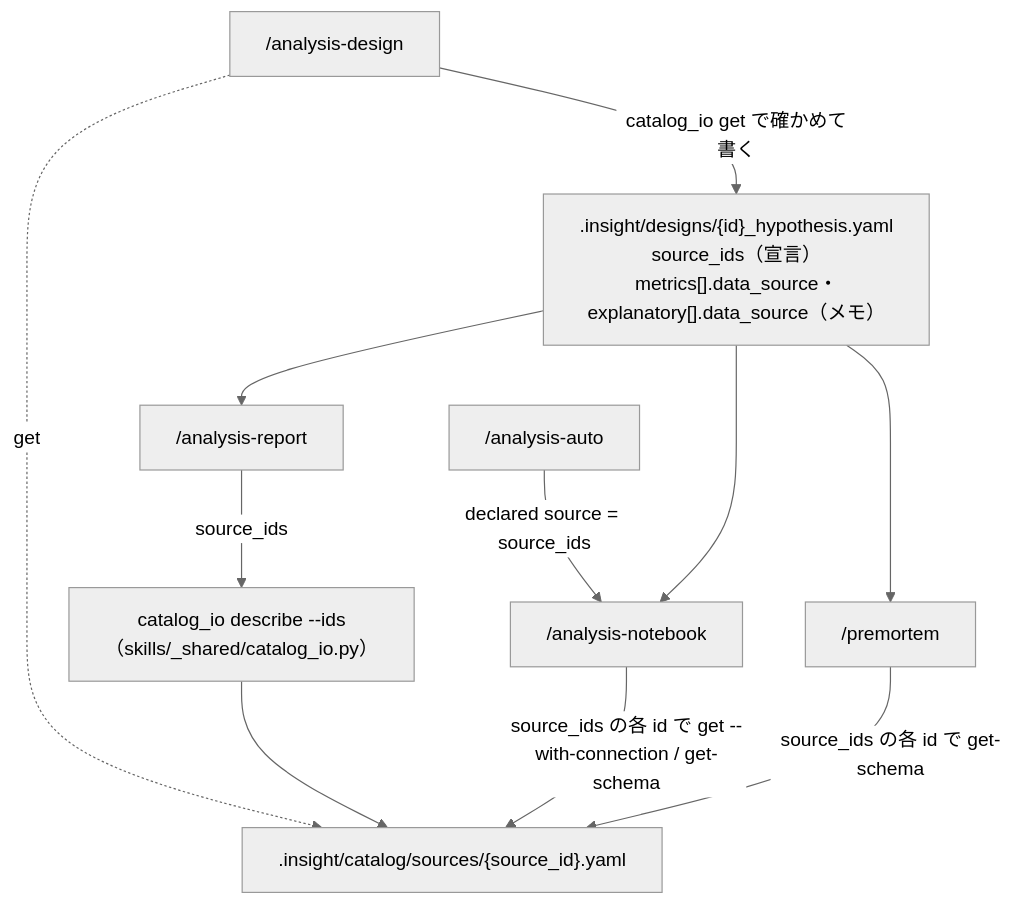
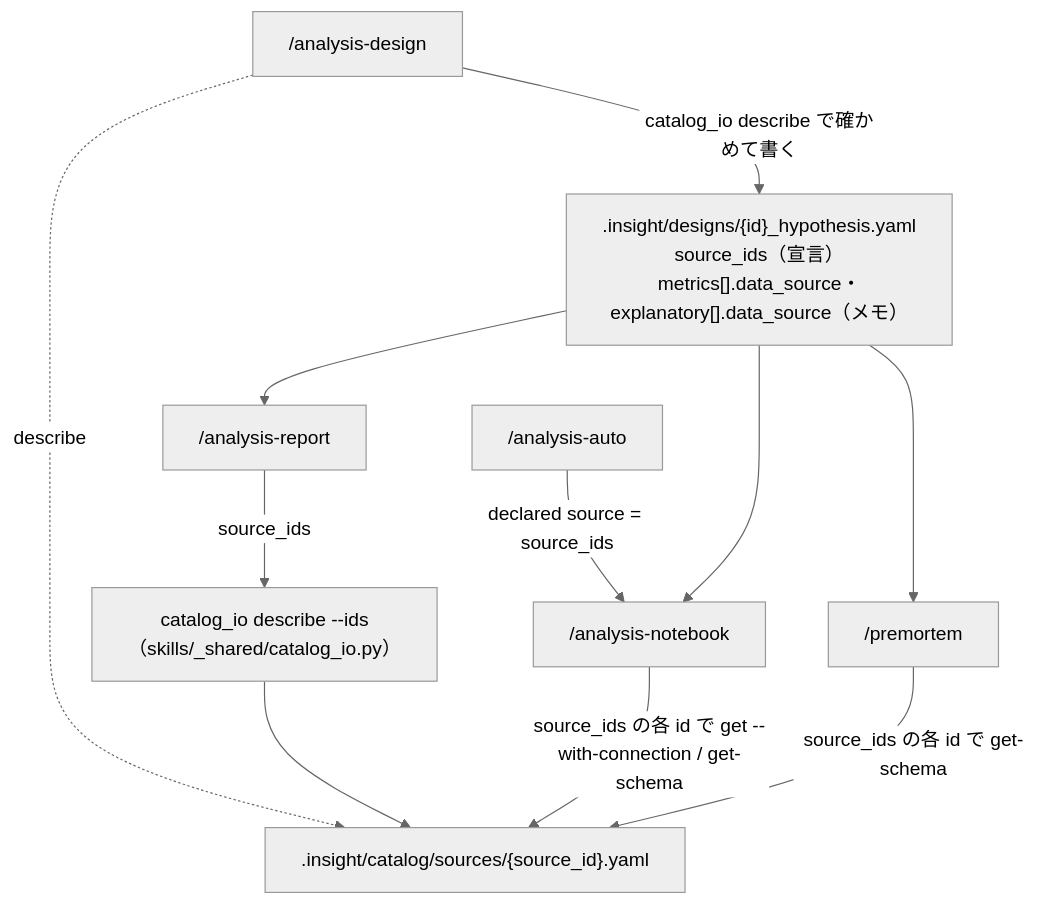
The first of 3 diagrams in docs/design/epic-15-declared-source-ids.md (etoyama/insight-blueprint-skills), drawn with Mermaid (neutral theme) before and after one commit. The commit also changed other lines of this file and 16 other files, not shown here.

````diff
--- a/docs/design/epic-15-declared-source-ids.md
+++ b/docs/design/epic-15-declared-source-ids.md
@@ -87,22 +87,22 @@
 ```mermaid
 flowchart TD
     design_skill["/analysis-design"]
     design[".insight/designs/{id}_hypothesis.yaml<br/>source_ids（宣言）<br/>metrics[].data_source・explanatory[].data_source（メモ）"]
     catalog[".insight/catalog/sources/{source_id}.yaml"]
     describe["catalog_io describe --ids<br/>（skills/_shared/catalog_io.py）"]
     report["/analysis-report"]
     notebook["/analysis-notebook"]
     premortem["/premortem"]
     auto["/analysis-auto"]
 
-    design_skill -->|catalog_io get で確かめて書く| design
-    design_skill -.->|get| catalog
+    design_skill -->|catalog_io describe で確かめて書く| design
+    design_skill -.->|describe| catalog
     report -->|source_ids| describe
     describe --> catalog
     notebook -->|source_ids の各 id で get --with-connection / get-schema| catalog
     premortem -->|source_ids の各 id で get-schema| catalog
     auto -->|declared source = source_ids| notebook
     design --> report
     design --> notebook
     design --> premortem
 ```
````
